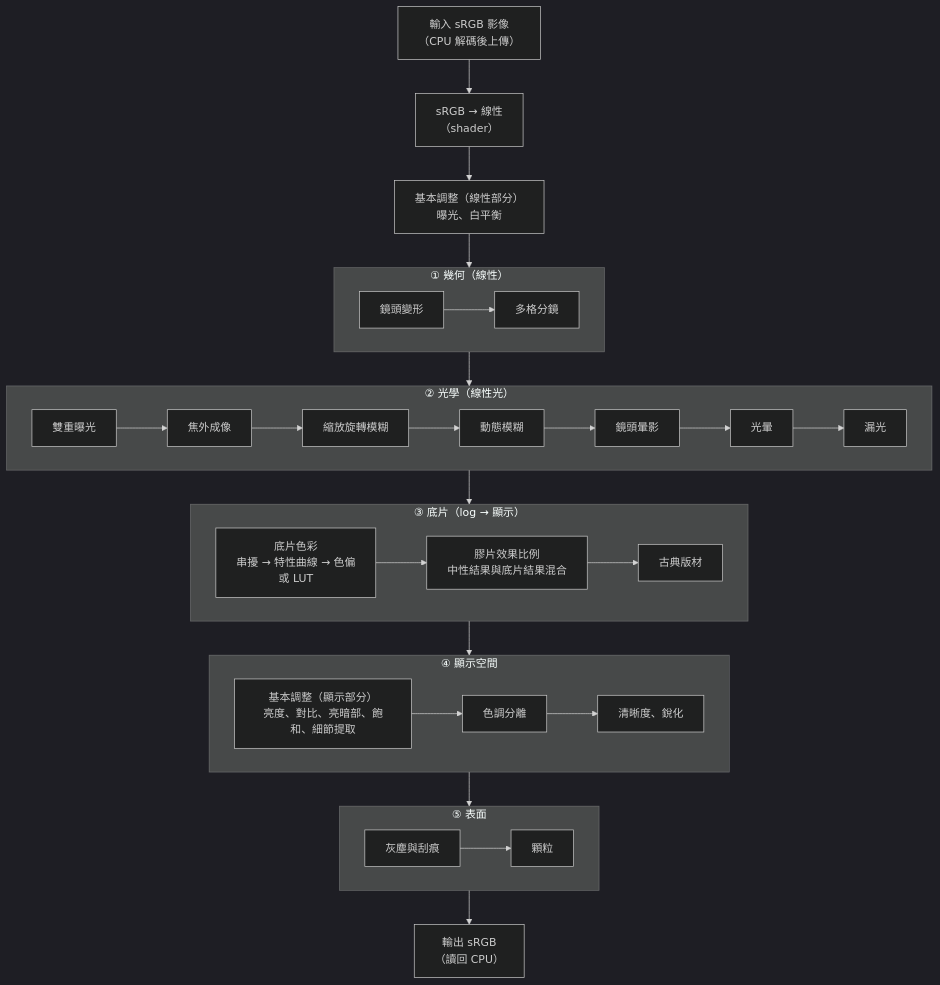
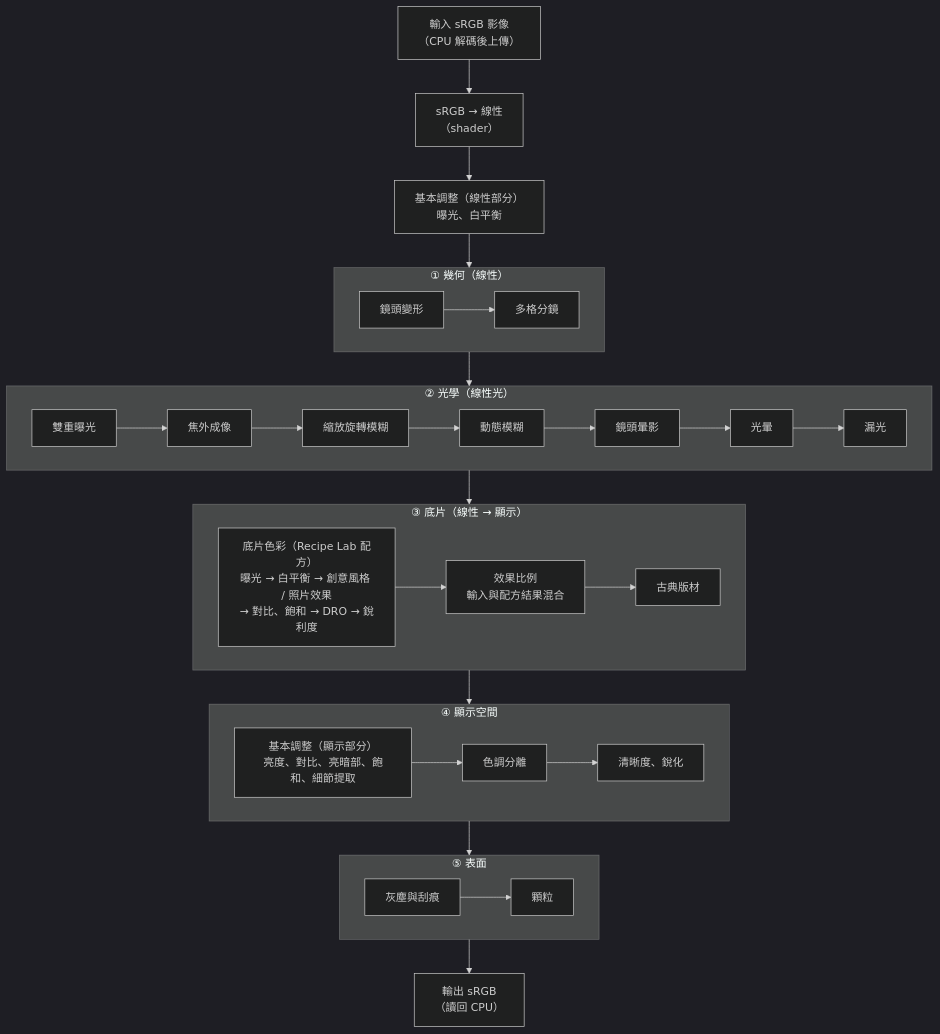
Before and after one commit to minexo79/FilmBatch: diagram 12 of 23 in plan.md, drawn with Mermaid (dark theme). The commit also changed other lines of this file and 34 other files, not shown here.

Commit message:
redesign UI, change film present to copy from RecipeLab

````diff
--- a/plan.md
+++ b/plan.md
@@ -673,33 +706,33 @@
 ```mermaid
 flowchart TB
     IN["輸入 sRGB 影像<br/>（CPU 解碼後上傳）"] --> D0["sRGB → 線性<br/>（shader）"]
     D0 --> B1["基本調整（線性部分）<br/>曝光、白平衡"]
 
     subgraph G1["① 幾何（線性）"]
         direction LR
         LD["鏡頭變形"] --> ML["多格分鏡"]
     end
 
     subgraph G2["② 光學（線性光）"]
         direction LR
         DE["雙重曝光"] --> BK["焦外成像"] --> ZR["縮放旋轉模糊"] --> MB["動態模糊"]
         MB --> VG["鏡頭暈影"] --> HL["光暈"] --> LL["漏光"]
     end
 
-    subgraph G3["③ 底片（log → 顯示）"]
+    subgraph G3["③ 底片（線性 → 顯示）"]
         direction LR
-        FM["底片色彩<br/>串擾 → 特性曲線 → 色偏<br/>或 LUT"] --> MIX["膠片效果比例<br/>中性結果與底片結果混合"] --> PP["古典版材"]
+        FM["底片色彩（Recipe Lab 配方）<br/>曝光 → 白平衡 → 創意風格 / 照片效果<br/>→ 對比、飽和 → DRO → 銳利度"] --> MIX["效果比例<br/>輸入與配方結果混合"] --> PP["古典版材"]
     end
 
     subgraph G4["④ 顯示空間"]
         direction LR
         B2["基本調整（顯示部分）<br/>亮度、對比、亮暗部、飽和、細節提取"] --> TN["色調分離"] --> DT["清晰度、銳化"]
     end
 
     subgraph G5["⑤ 表面"]
         direction LR
         DS["灰塵與刮痕"] --> GR["顆粒"]
     end
 
     B1 --> G1 --> G2 --> G3 --> G4 --> G5 --> OUT["輸出 sRGB<br/>（讀回 CPU）"]
 ```
````
